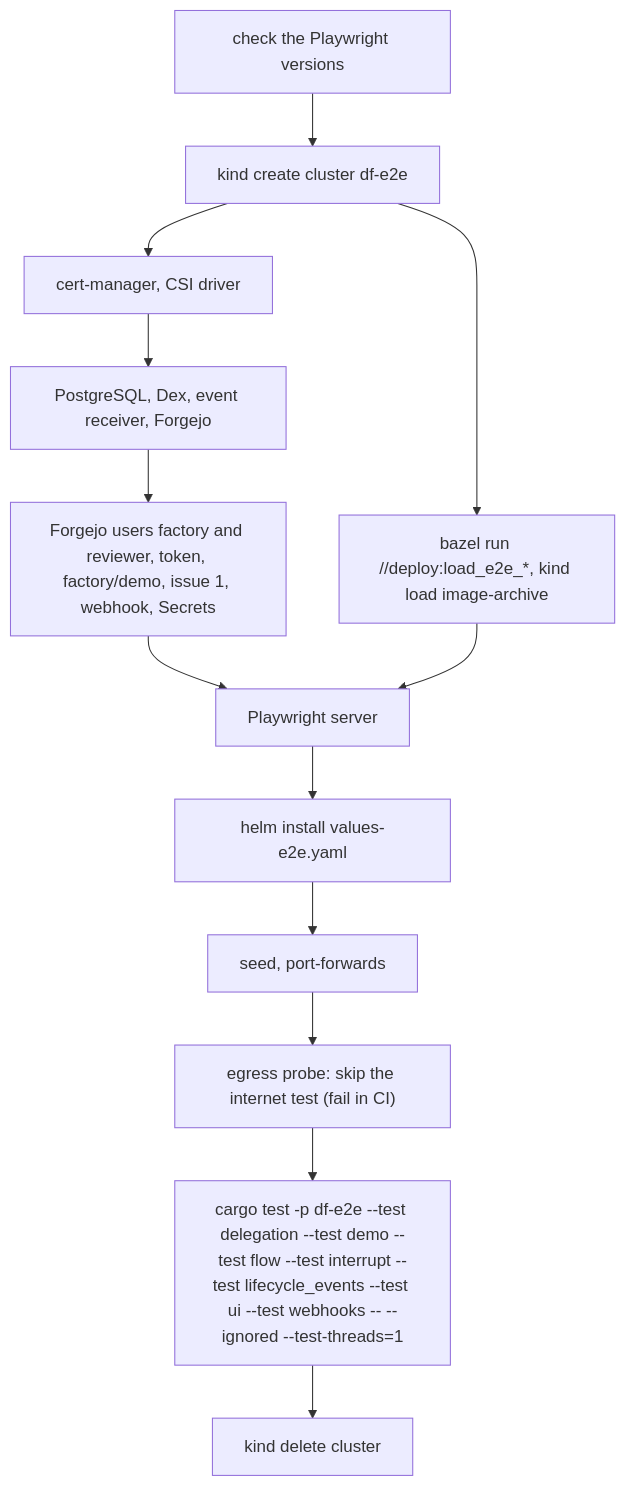
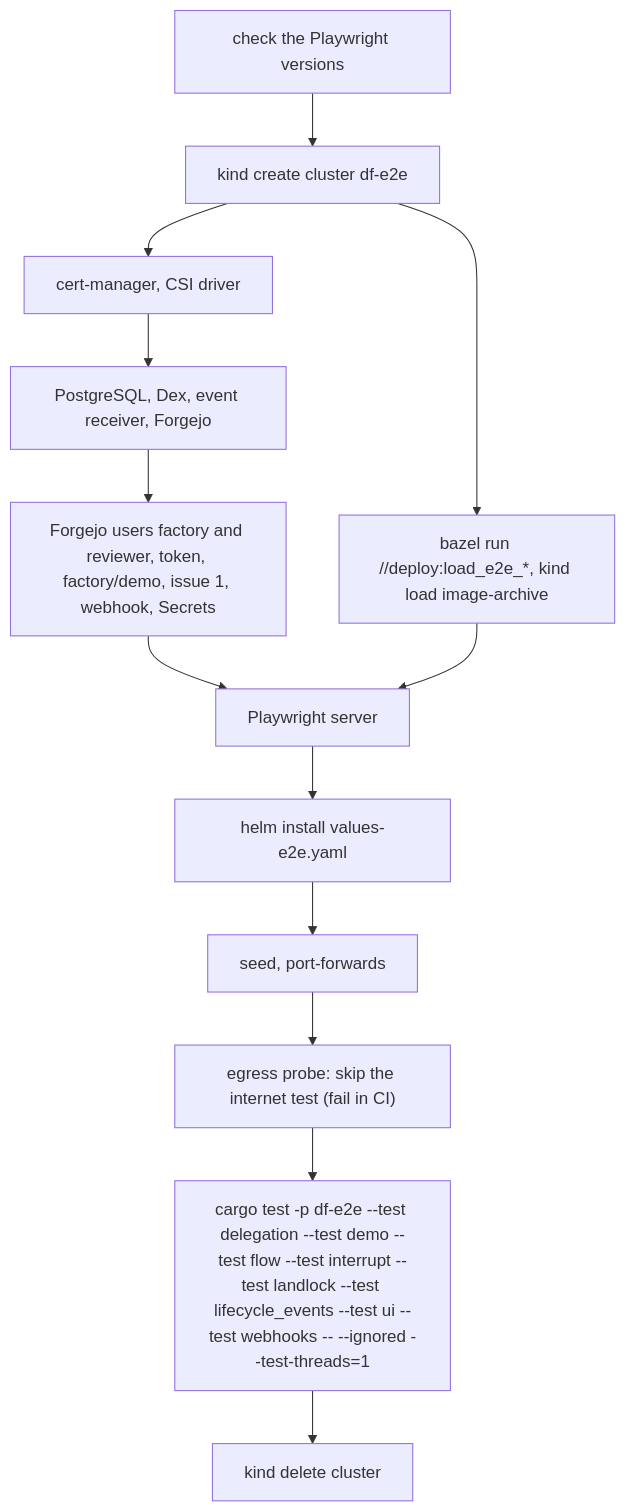
Before and after one commit to prskr/dark-factory: the diagram in docs/demo.md, drawn with Mermaid. The commit also changed other lines of this file and 57 other files, not shown here.

````diff
--- a/docs/demo.md
+++ b/docs/demo.md
@@ -27,15 +27,15 @@
 ```mermaid
 flowchart TD
     V[check the Playwright versions] --> A[kind create cluster df-e2e]
     A --> B[cert-manager, CSI driver]
     A --> I[bazel run //deploy:load_e2e_*, kind load image-archive]
     B --> C[PostgreSQL, Dex, event receiver, Forgejo]
     C --> D[Forgejo users factory and reviewer, token, factory/demo, issue 1, webhook, Secrets]
     D --> P[Playwright server]
     I --> P
     P --> E[helm install values-e2e.yaml]
     E --> F[seed, port-forwards]
     F --> X["egress probe: skip the internet test (fail in CI)"]
-    X --> G["cargo test -p df-e2e --test delegation --test demo --test flow --test interrupt --test lifecycle_events --test ui --test webhooks -- --ignored --test-threads=1"]
+    X --> G["cargo test -p df-e2e --test delegation --test demo --test flow --test interrupt --test landlock --test lifecycle_events --test ui --test webhooks -- --ignored --test-threads=1"]
     G --> H[kind delete cluster]
 ```
````
